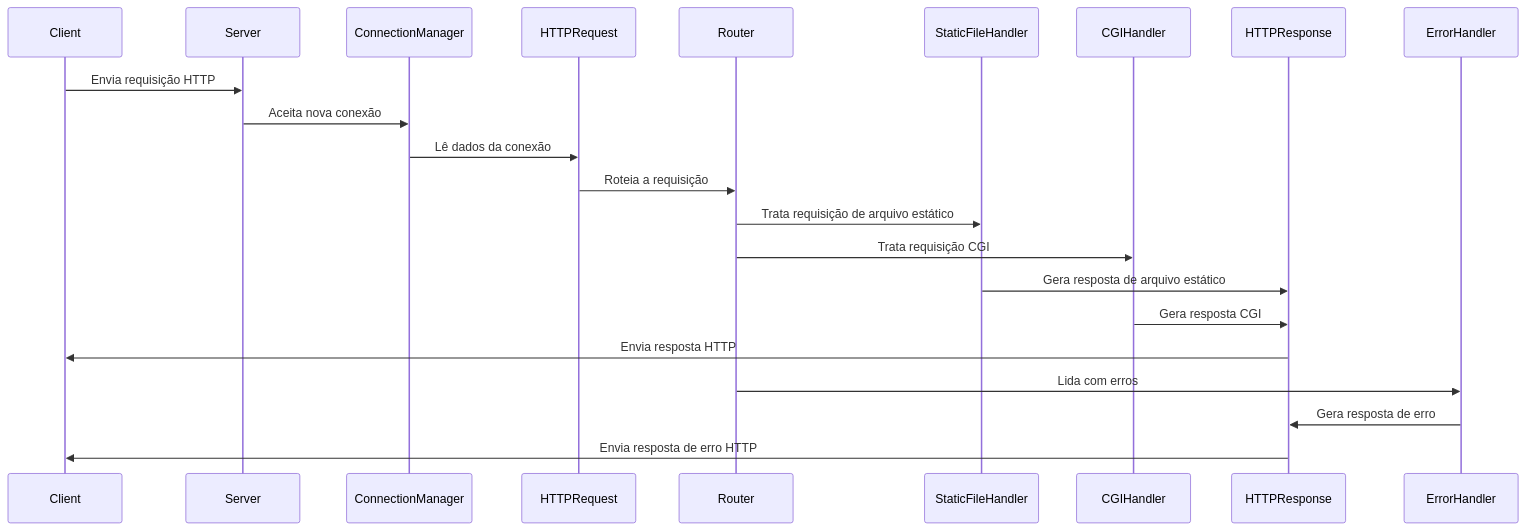
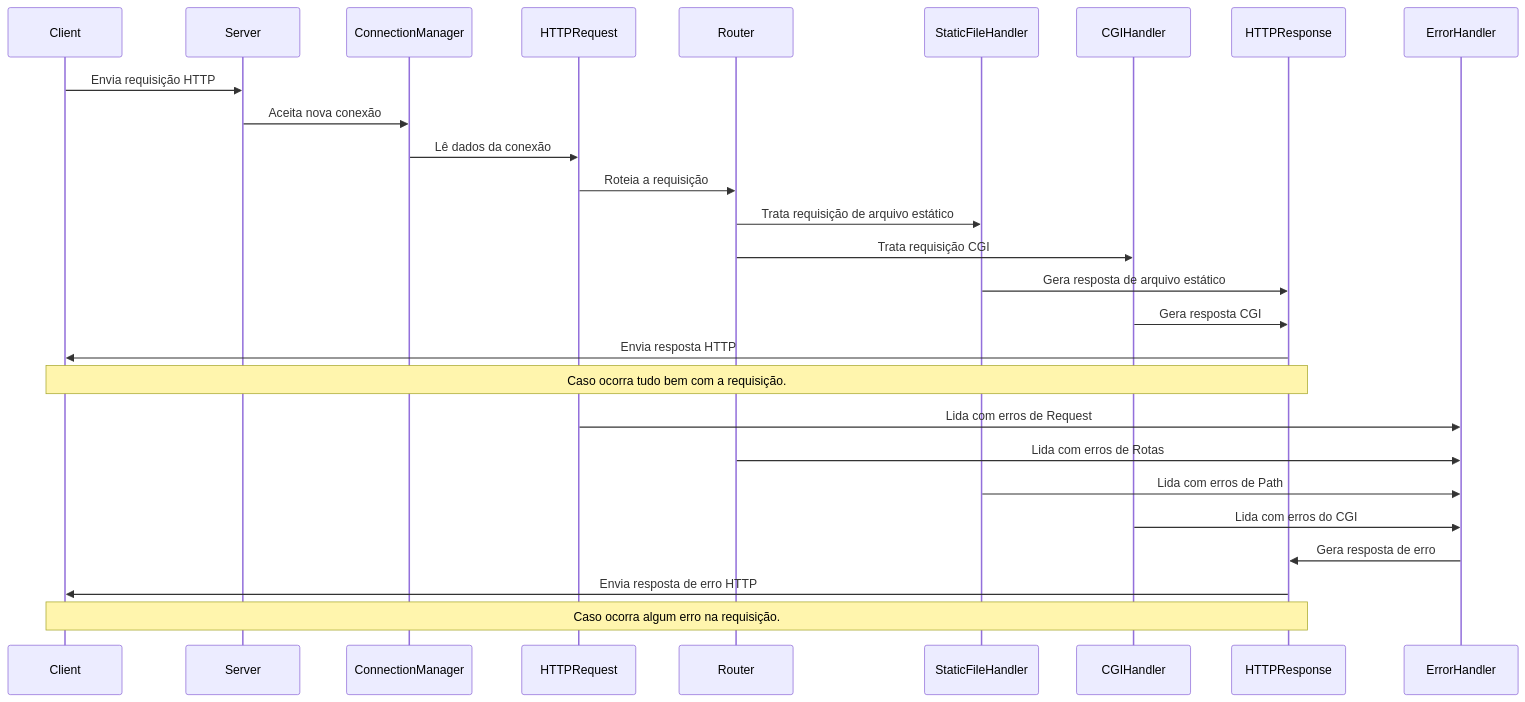
Before and after one commit to EvertonVaz/webserv: the diagram in README.md, drawn with Mermaid. The commit also changed other lines of this file and 3 other files, not shown here.

````diff
--- a/README.md
+++ b/README.md
@@ -15,16 +15,23 @@
 ```mermaid
 sequenceDiagram
     Client->>Server: Envia requisição HTTP
     Server->>ConnectionManager: Aceita nova conexão
     ConnectionManager->>HTTPRequest: Lê dados da conexão
     HTTPRequest->>Router: Roteia a requisição
     Router->>StaticFileHandler: Trata requisição de arquivo estático
     Router->>CGIHandler: Trata requisição CGI
     StaticFileHandler->>HTTPResponse: Gera resposta de arquivo estático
     CGIHandler->>HTTPResponse: Gera resposta CGI
     HTTPResponse->>Client: Envia resposta HTTP
-    Router->>ErrorHandler: Lida com erros
+    Note over HTTPResponse, Client: Caso ocorra tudo bem com a requisição.
+
+    HTTPRequest->>ErrorHandler: Lida com erros de Request
+    Router->>ErrorHandler: Lida com erros de Rotas
+    StaticFileHandler->>ErrorHandler: Lida com erros de Path
+    CGIHandler->>ErrorHandler: Lida com erros do CGI
+
     ErrorHandler->>HTTPResponse: Gera resposta de erro
     HTTPResponse->>Client: Envia resposta de erro HTTP
+    Note over HTTPResponse, Client: Caso ocorra algum erro na requisição.
 
 ```
````
